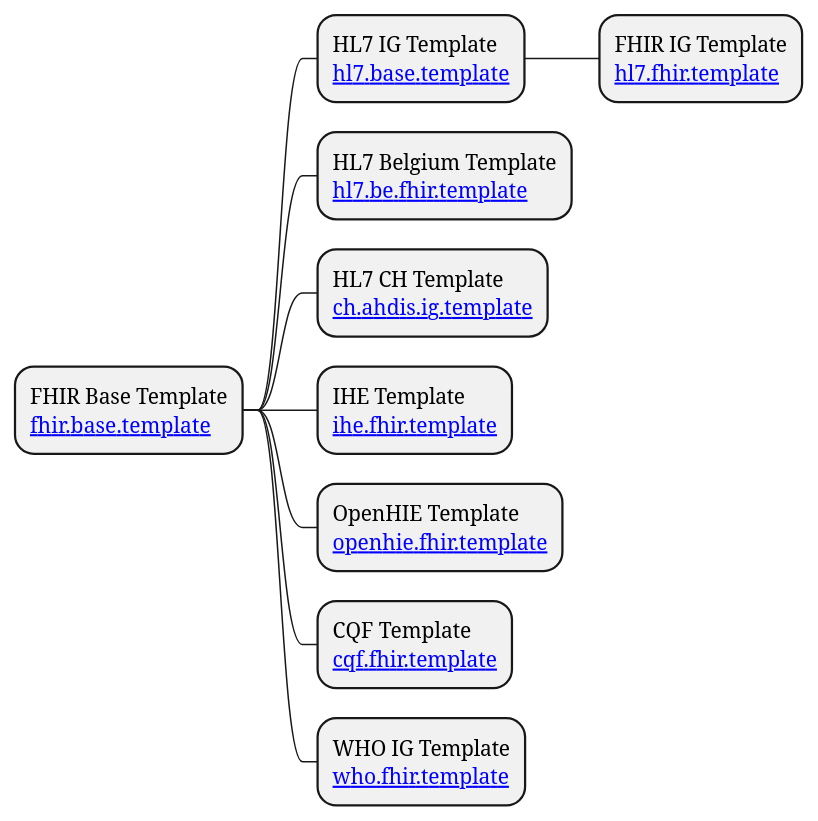
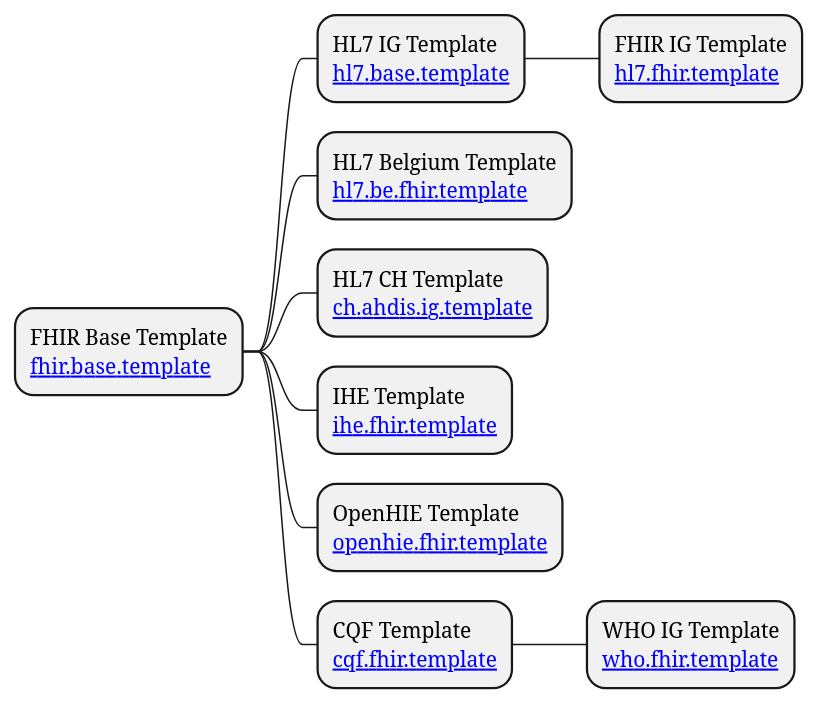
One commit to costateixeira/ig_templates changed the diagram in templates.pu. Above: the diagram before and after it, drawn with PlantUML.

```diff
--- a/templates.pu
+++ b/templates.pu
@@ -1,13 +1,13 @@
 @startmindmap
 * FHIR Base Template\n[[https://github.com/HL7/ig-template-base{https://github.com/HL7/ig-template-base} fhir.base.template]]
 ** HL7 IG Template\n[[https://github.com/HL7/ig-template-hl7{https://github.com/HL7/ig-template-hl7} hl7.base.template]]
 *** FHIR IG Template\n[[https://github.com/HL7/ig-template-fhir{https://github.com/HL7/ig-template-fhir} hl7.fhir.template]]
 '**** HL7 IT Template\n[[https://github.com/HL7/ig-template-fhir{} hl7.it.fhir.template]]
 '** FHIR Affiliate IG Template\n[[hl7.affiliates.fhir.template]]
 ** HL7 Belgium Template\n[[https://github.com/hl7-be/hl7.be.fhir.template{https://github.com/hl7-be/hl7.be.fhir.template} hl7.be.fhir.template]]
 ** HL7 CH Template\n[[https://github.com/ahdis/ig-template{https://github.com/ahdis/ig-template} ch.ahdis.ig.template]]
 ** IHE Template\n[[https://github.com/IHE/ihe-ig-template{https://github.com/IHE/ihe-ig-template} ihe.fhir.template]]
 ** OpenHIE Template\n[[https://github.com/openhie/openhie-ig-template{https://github.com/openhie/openhie-ig-template} openhie.fhir.template]]
 ** CQF Template\n[[https://github.com/cqframework/cqf-ig-template{https://github.com/cqframework/cqf-ig-template} cqf.fhir.template]]
-** WHO IG Template\n[[https://github.com/WorldHealthOrganization/smart-ig{https://github.com/WorldHealthOrganization/smart-ig} who.fhir.template]]
+*** WHO IG Template\n[[https://github.com/WorldHealthOrganization/smart-ig{https://github.com/WorldHealthOrganization/smart-ig} who.fhir.template]]
 @endmindmap 
```
